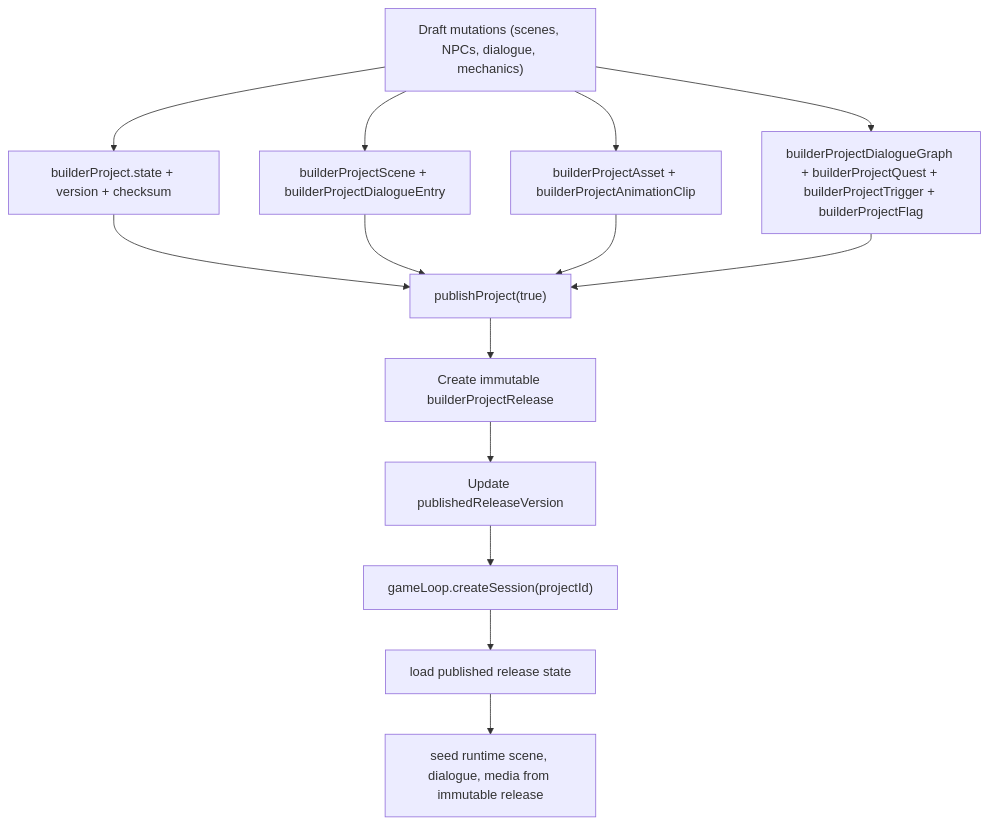
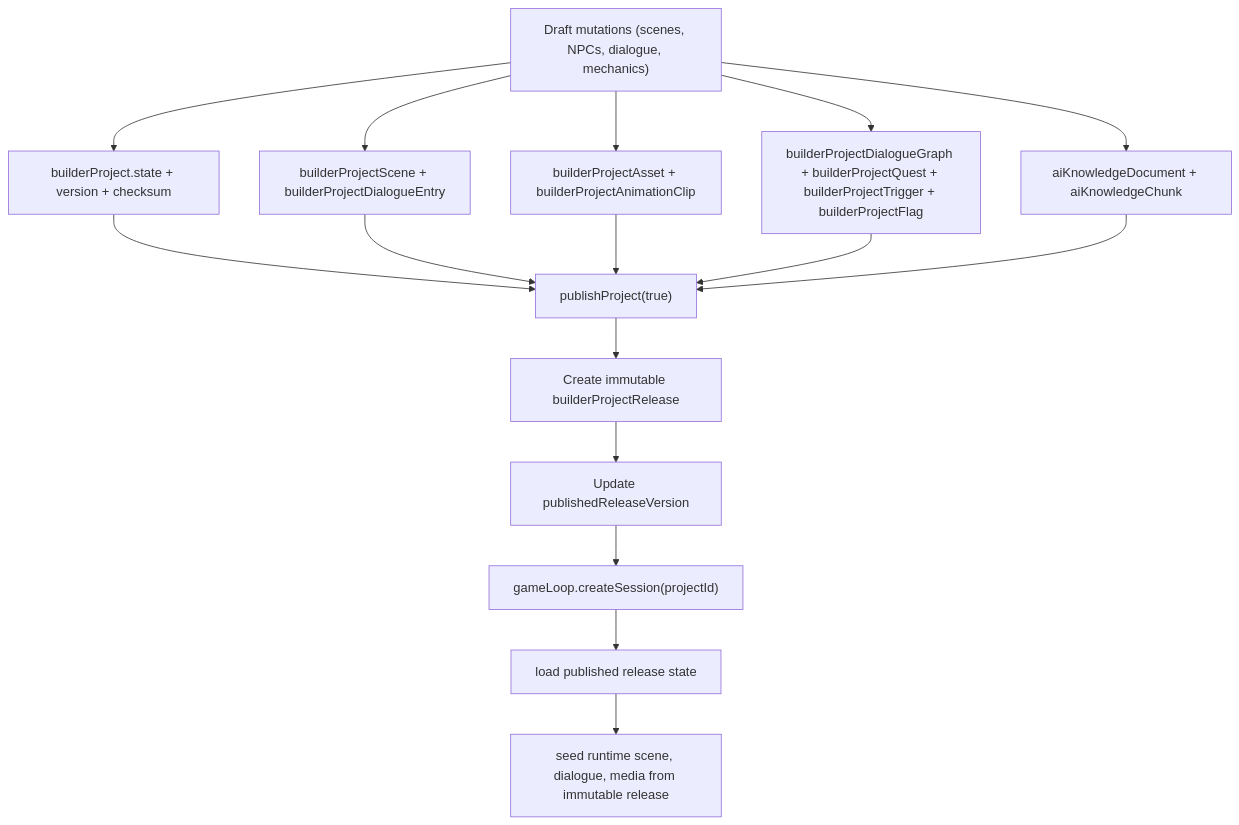
The fourth of 5 diagrams in ARCHITECTURE.md (d4551/tea), drawn with Mermaid before and after one commit. The commit also changed other lines of this file and 54 other files, not shown here.

````diff
--- a/ARCHITECTURE.md
+++ b/ARCHITECTURE.md
@@ -193,16 +197,18 @@
 ```mermaid
 flowchart TD
   DRAFT["Draft mutations (scenes, NPCs, dialogue, mechanics)"] --> PROJECT["builderProject.state + version + checksum"]
   DRAFT --> CONTENT["builderProjectScene + builderProjectDialogueEntry"]
   DRAFT --> MEDIA["builderProjectAsset + builderProjectAnimationClip"]
   DRAFT --> MECHANICS["builderProjectDialogueGraph + builderProjectQuest + builderProjectTrigger + builderProjectFlag"]
+  DRAFT --> KNOWLEDGE["aiKnowledgeDocument + aiKnowledgeChunk"]
   PROJECT --> PUBLISH["publishProject(true)"]
   CONTENT --> PUBLISH
   MEDIA --> PUBLISH
   MECHANICS --> PUBLISH
+  KNOWLEDGE --> PUBLISH
   PUBLISH --> SNAPSHOT["Create immutable builderProjectRelease"]
   SNAPSHOT --> POINTER["Update publishedReleaseVersion"]
   POINTER --> RUNTIME["gameLoop.createSession(projectId)"]
   RUNTIME --> RELEASE["load published release state"]
   RELEASE --> SESSION["seed runtime scene, dialogue, media from immutable release"]
 ```
````
